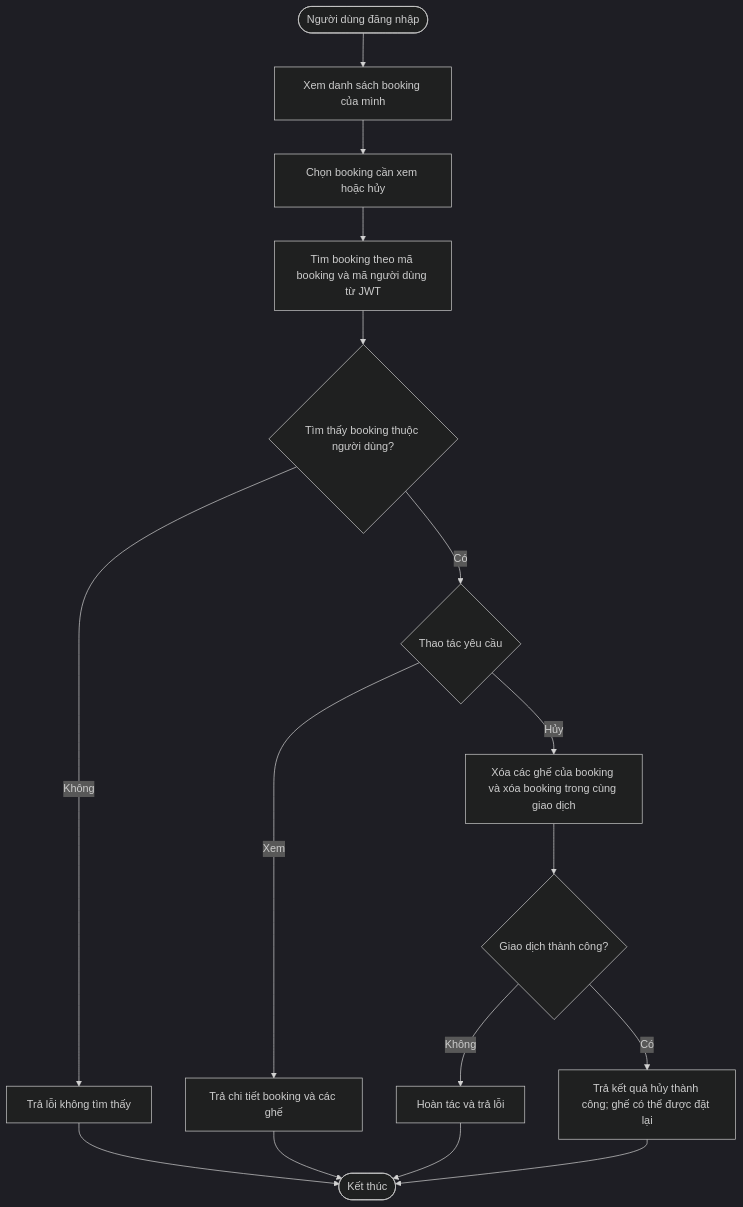
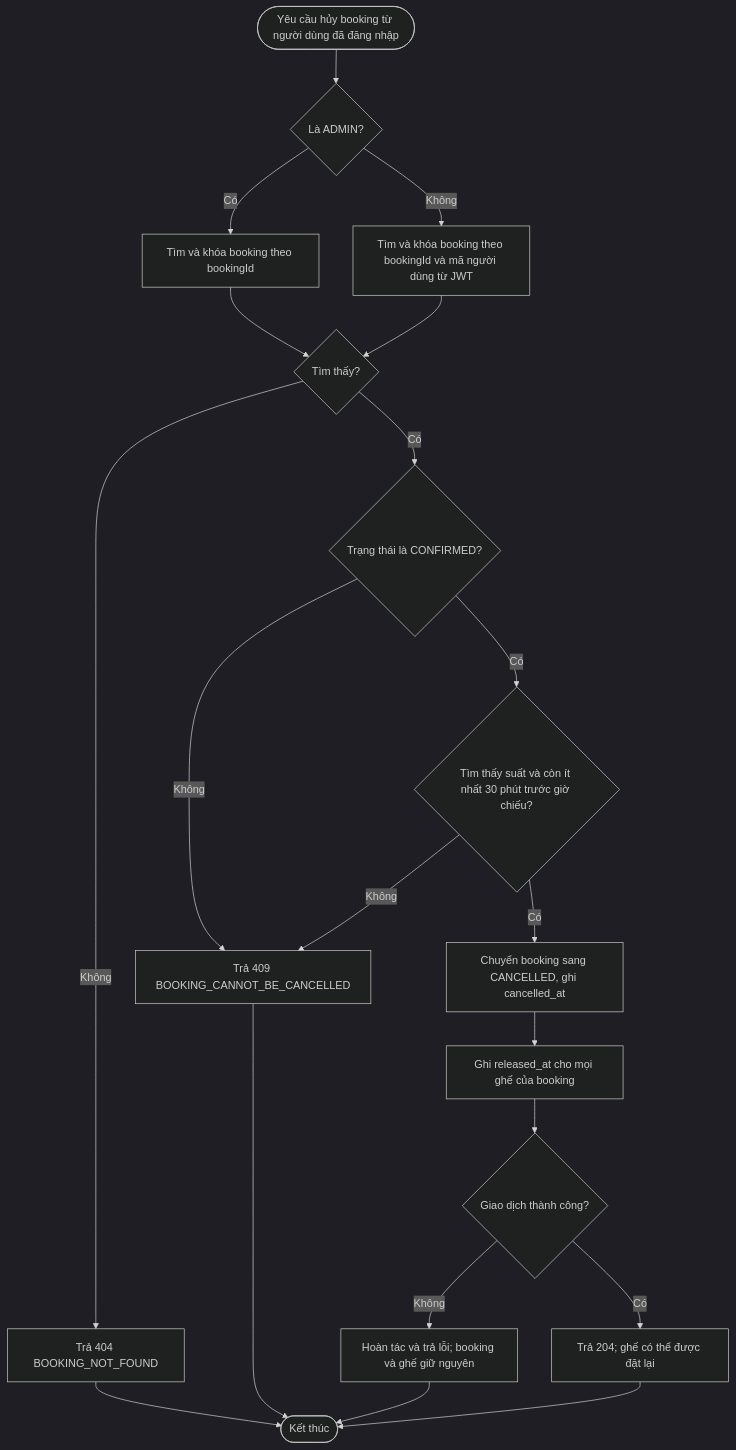
Before and after one commit to taclna/BTL-1-21-phase-2: the fifth of 7 diagrams in docs/phase-1/so-do-luong-nghiep-vu.md, drawn with Mermaid (dark theme). The commit also changed other lines of this file, not shown here.

Commit message:
docs: update booking flow diagrams for soft cancellation

````diff
--- a/docs/phase-1/so-do-luong-nghiep-vu.md
+++ b/docs/phase-1/so-do-luong-nghiep-vu.md
@@ -138,18 +164,22 @@
 ```mermaid
 flowchart TD
-    C0([Người dùng đăng nhập]) --> C1[Xem danh sách booking của mình]
-    C1 --> C2[Chọn booking cần xem hoặc hủy]
-    C2 --> C3[Tìm booking theo mã booking và mã người dùng từ JWT]
-    C3 --> C4{Tìm thấy booking thuộc người dùng?}
-    C4 -->|Không| C5[Trả lỗi không tìm thấy]
-    C4 -->|Có| C6{Thao tác yêu cầu}
-    C6 -->|Xem| C7[Trả chi tiết booking và các ghế]
-    C6 -->|Hủy| C8[Xóa các ghế của booking và xóa booking trong cùng giao dịch]
-    C8 --> C9{Giao dịch thành công?}
-    C9 -->|Không| C10[Hoàn tác và trả lỗi]
-    C9 -->|Có| C11[Trả kết quả hủy thành công; ghế có thể được đặt lại]
-    C7 --> C12([Kết thúc])
-    C11 --> C12
-    C5 --> C12
-    C10 --> C12
+    C0([Yêu cầu hủy booking từ người dùng đã đăng nhập]) --> C1{Là ADMIN?}
+    C1 -->|Có| C2[Tìm và khóa booking theo bookingId]
+    C1 -->|Không| C3[Tìm và khóa booking theo bookingId và mã người dùng từ JWT]
+    C2 --> C4{Tìm thấy?}
+    C3 --> C4
+    C4 -->|Không| C5[Trả 404 BOOKING_NOT_FOUND]
+    C4 -->|Có| C6{Trạng thái là CONFIRMED?}
+    C6 -->|Không| C7[Trả 409 BOOKING_CANNOT_BE_CANCELLED]
+    C6 -->|Có| C8{Tìm thấy suất và còn ít nhất 30 phút trước giờ chiếu?}
+    C8 -->|Không| C7
+    C8 -->|Có| C9[Chuyển booking sang CANCELLED, ghi cancelled_at]
+    C9 --> C10[Ghi released_at cho mọi ghế của booking]
+    C10 --> C11{Giao dịch thành công?}
+    C11 -->|Không| C12[Hoàn tác và trả lỗi; booking và ghế giữ nguyên]
+    C11 -->|Có| C13[Trả 204; ghế có thể được đặt lại]
+    C5 --> C14([Kết thúc])
+    C7 --> C14
+    C12 --> C14
+    C13 --> C14
 ```
````
